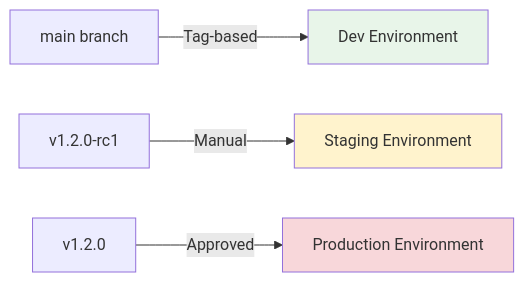
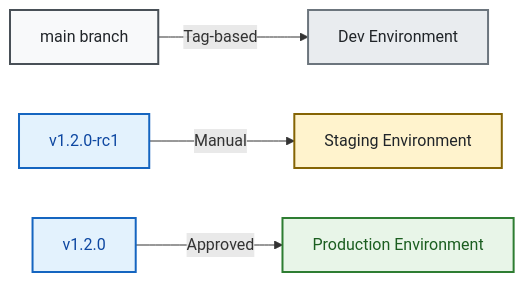
One commit to Celtikill/static-site changed the second of 2 diagrams in docs/guides/version-management.md. Above: the diagram before and after it, drawn with Mermaid. The commit also changed other lines of this file and 32 other files, not shown here.

Commit message:
architecture docs update

````diff
--- a/docs/guides/version-management.md
+++ b/docs/guides/version-management.md
@@ -161,10 +163,23 @@
 ```mermaid
 graph LR
+    %% Accessibility
+    accTitle: Version to Environment Mapping
+    accDescr: Shows how different version types map to environments. Main branch supports tag-based dev deployment. RC tags trigger manual staging deployment. Stable version tags trigger approved production deployment.
+    
     A[main branch] -->|Tag-based| B[Dev Environment]
     C[v1.2.0-rc1] -->|Manual| D[Staging Environment]
     E[v1.2.0] -->|Approved| F[Production Environment]
     
-    style B fill:#e8f5e9
-    style D fill:#fff3cd
-    style F fill:#f8d7da
+    %% High-Contrast Styling for Accessibility
+    classDef branchBox fill:#f8f9fa,stroke:#495057,stroke-width:2px,color:#212529
+    classDef devBox fill:#e9ecef,stroke:#6c757d,stroke-width:2px,color:#212529
+    classDef stagingBox fill:#fff3cd,stroke:#856404,stroke-width:2px,color:#212529
+    classDef prodBox fill:#e8f5e8,stroke:#2e7d32,stroke-width:2px,color:#1b5e20
+    classDef tagBox fill:#e3f2fd,stroke:#1565c0,stroke-width:2px,color:#0d47a1
+    
+    class A branchBox
+    class B devBox
+    class D stagingBox
+    class F prodBox
+    class C,E tagBox
 ```
````
